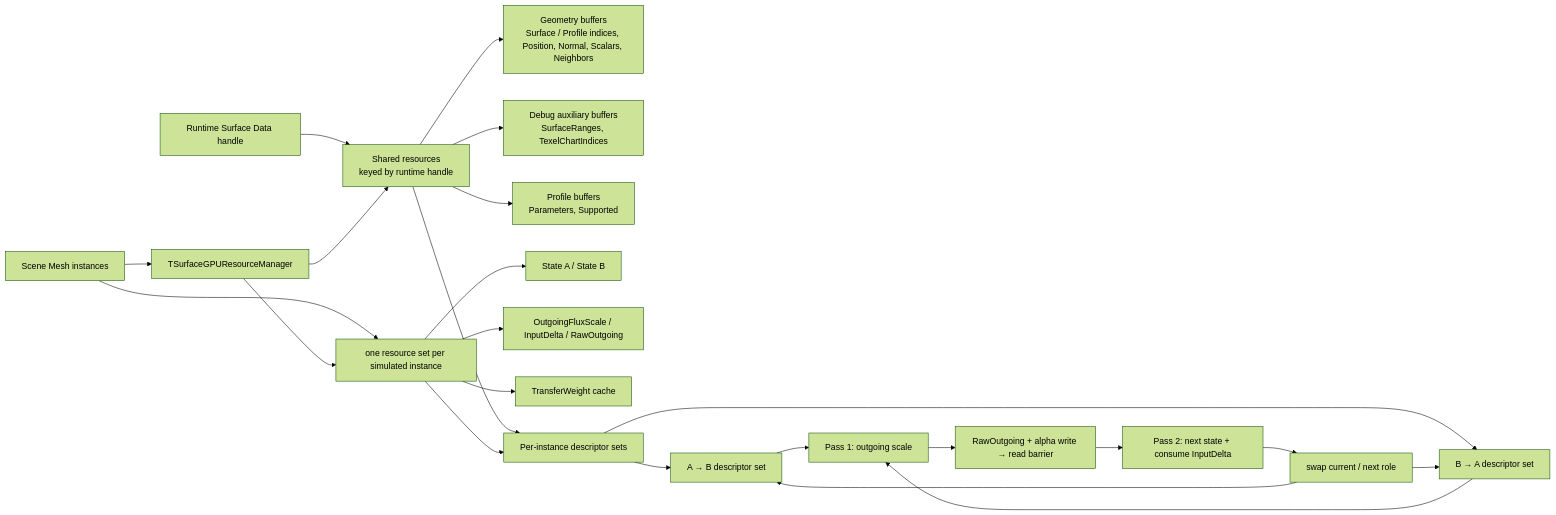
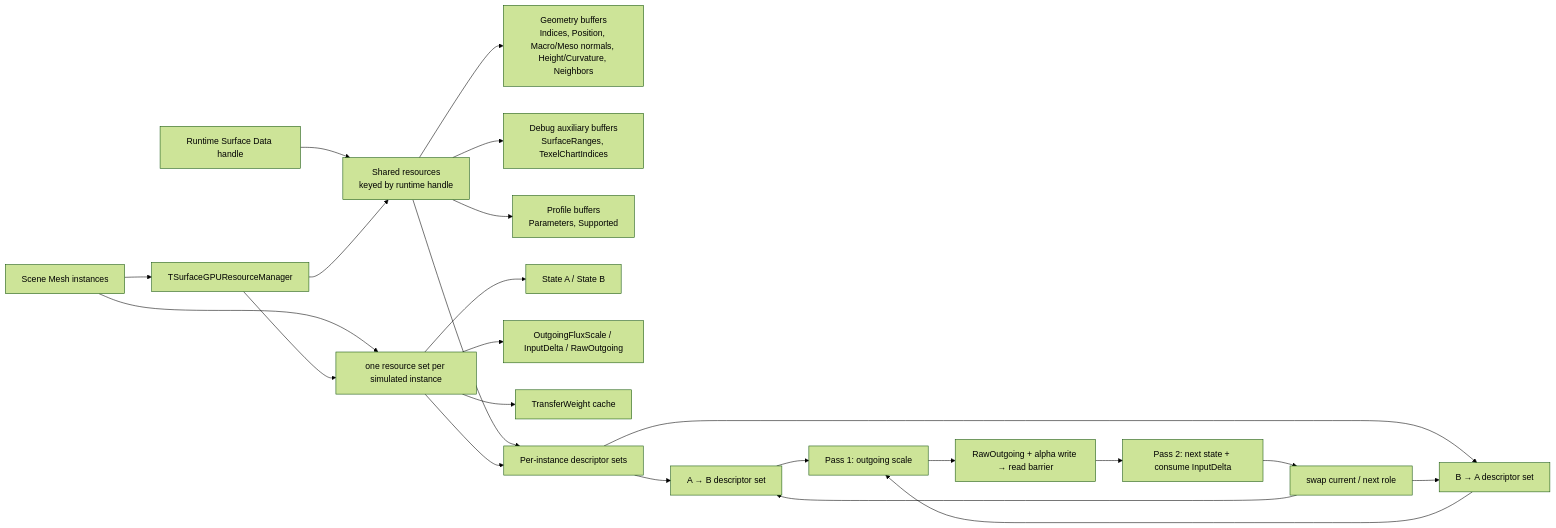
Before and after one commit to Yonaim/Material-Dependent-Surface-State-Engine: the first of 2 diagrams in Docs/MDSSP-Vault/03_Architecture/0007_Surface-GPU-Data-Layout.md, drawn with Mermaid (forest theme). The commit also changed other lines of this file and 9 other files, not shown here.

Commit message:
Docs: Meso Geometry 설계와 GPU 데이터 흐름 정리

````diff
--- a/Docs/MDSSP-Vault/03_Architecture/0007_Surface-GPU-Data-Layout.md
+++ b/Docs/MDSSP-Vault/03_Architecture/0007_Surface-GPU-Data-Layout.md
@@ -11,25 +11,25 @@
 ```mermaid
 flowchart LR
   Scene["Scene Mesh instances"] --> Manager["TSurfaceGPUResourceManager"]
   RuntimeHandle["Runtime Surface Data handle"] --> SharedResources
   Manager --> SharedResources["Shared resources\nkeyed by runtime handle"]
-  SharedResources --> Geometry["Geometry buffers\nSurface / Profile indices, Position, Normal, Scalars, Neighbors"]
+  SharedResources --> Geometry["Geometry buffers\nIndices, Position, Macro/Meso normals, Height/Curvature, Neighbors"]
   SharedResources --> DebugAux["Debug auxiliary buffers\nSurfaceRanges, TexelChartIndices"]
   SharedResources --> Profile["Profile buffers\nParameters, Supported"]
   Scene --> PerInstance["one resource set per simulated instance"]
   Manager --> PerInstance
   PerInstance --> State["State A / State B"]
   PerInstance --> Temp["OutgoingFluxScale / InputDelta / RawOutgoing"]
   PerInstance --> Cache["TransferWeight cache"]
   SharedResources --> Descriptor["Per-instance descriptor sets"]
   PerInstance --> Descriptor
   Descriptor --> AB["A → B descriptor set"]
   Descriptor --> BA["B → A descriptor set"]
   AB --> Pass1["Pass 1: outgoing scale"]
   BA --> Pass1
   Pass1 --> Barrier["RawOutgoing + alpha write → read barrier"]
   Barrier --> Pass2["Pass 2: next state + consume InputDelta"]
   Pass2 --> Swap["swap current / next role"]
   Swap --> AB
   Swap --> BA
 ```
````
